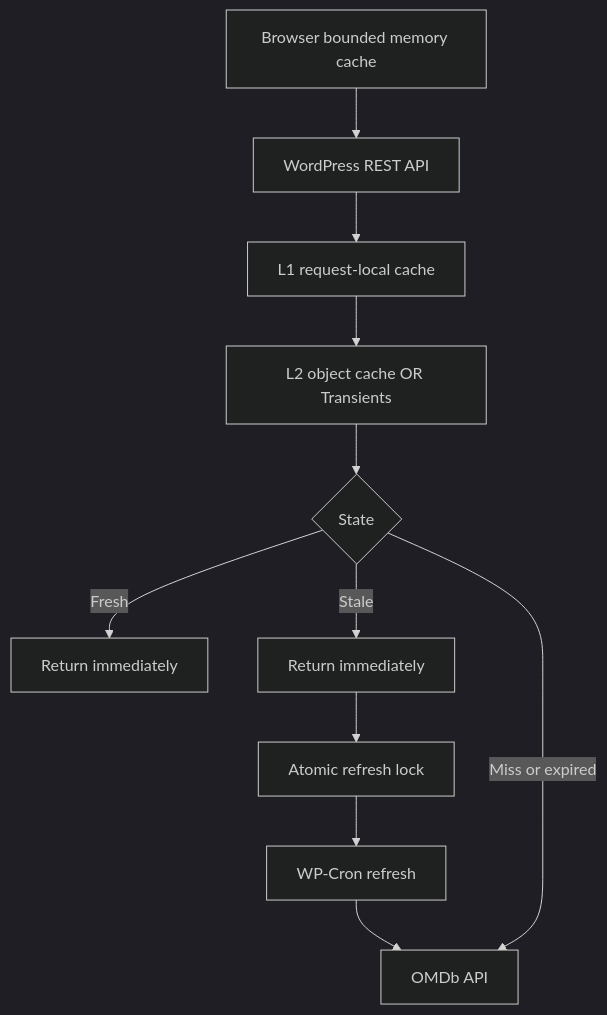
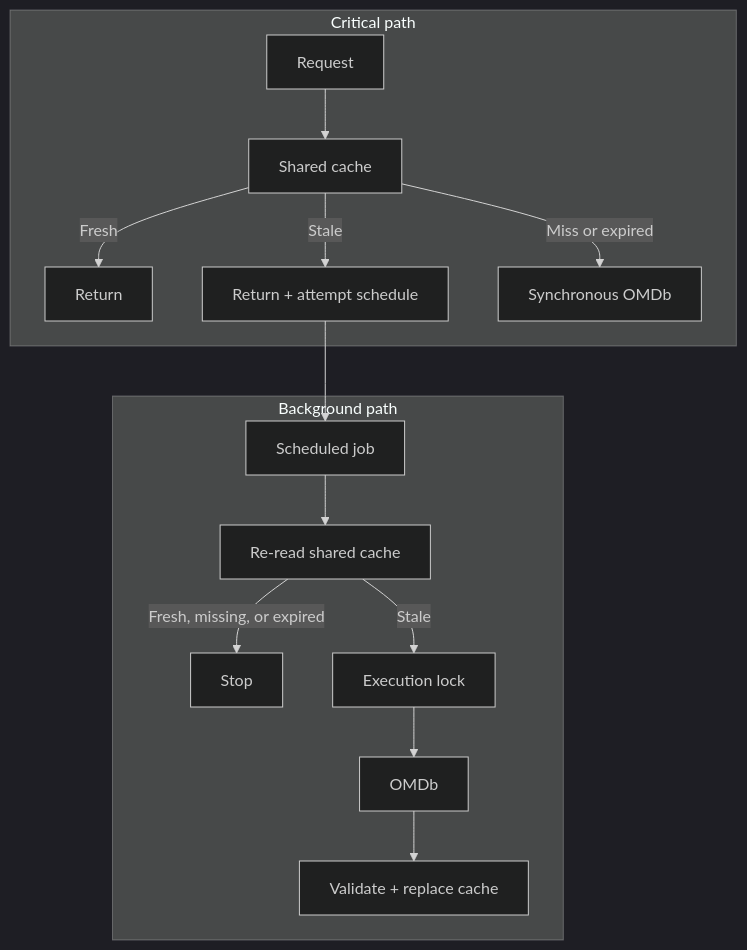
One commit to cirinojr/wp-movie-showcase changed the diagram in README.md. Above: the diagram before and after it, drawn with Mermaid (dark theme). The commit also changed other lines of this file and 8 other files, not shown here.

Commit message:
Make stale refresh workers idempotent

````diff
--- a/README.md
+++ b/README.md
@@ -50,13 +52,17 @@
 ```mermaid
 flowchart TD
-    A[Browser bounded memory cache] --> B[WordPress REST API]
-    B --> C[L1 request-local cache]
-    C --> D[L2 object cache OR Transients]
-    D --> E{State}
-    E -->|Fresh| F[Return immediately]
-    E -->|Stale| G[Return immediately]
-    G --> I[Atomic refresh lock]
-    I --> J[WP-Cron refresh]
-    J --> K[OMDb API]
-    E -->|Miss or expired| K
+    subgraph Critical[Critical path]
+        A[Request] --> B[Shared cache]
+        B -->|Fresh| C[Return]
+        B -->|Stale| D[Return + attempt schedule]
+        B -->|Miss or expired| E[Synchronous OMDb]
+    end
+    subgraph Background[Background path]
+        F[Scheduled job] --> G[Re-read shared cache]
+        G -->|Fresh, missing, or expired| H[Stop]
+        G -->|Stale| I[Execution lock]
+        I --> J[OMDb]
+        J --> K[Validate + replace cache]
+    end
+    D --> F
 ```
````
